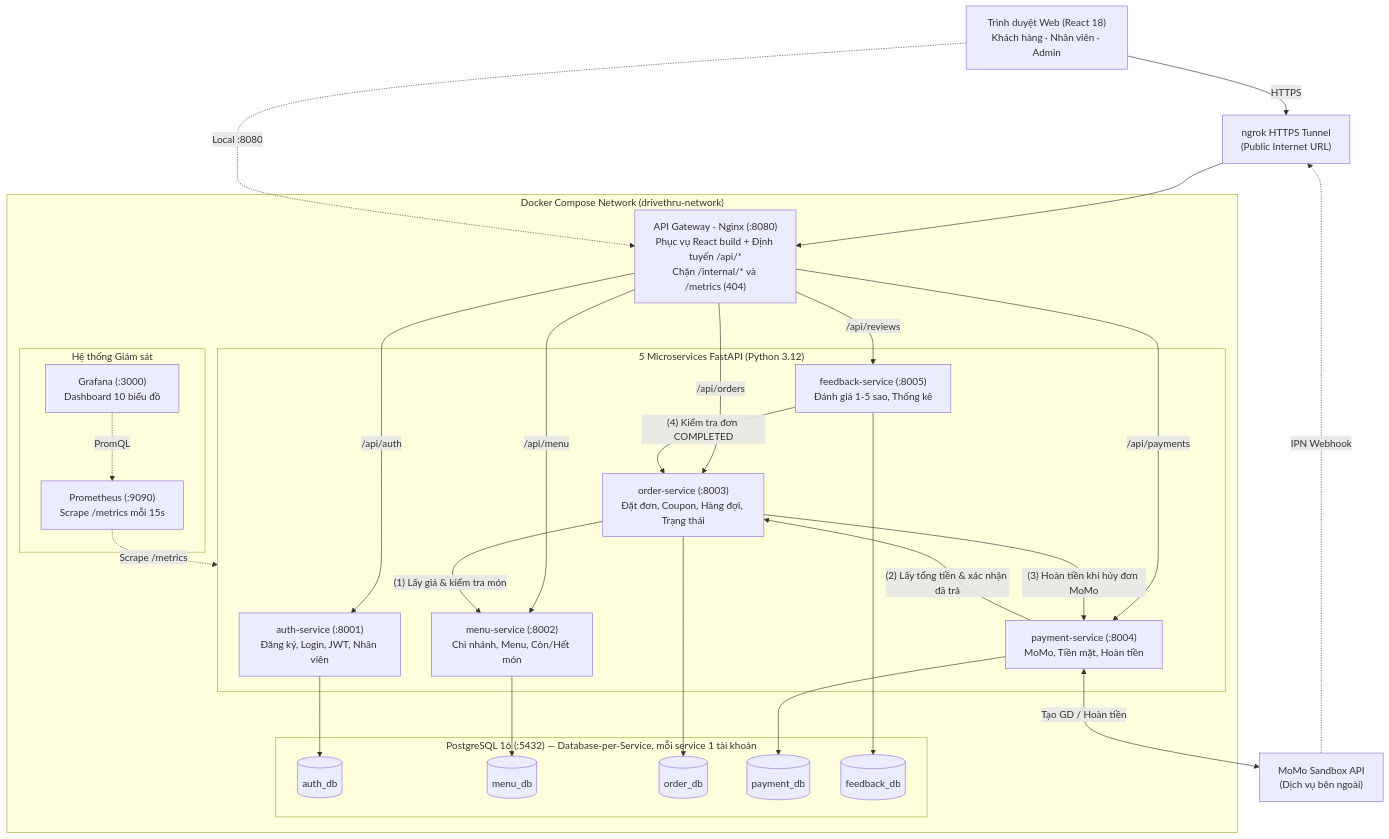
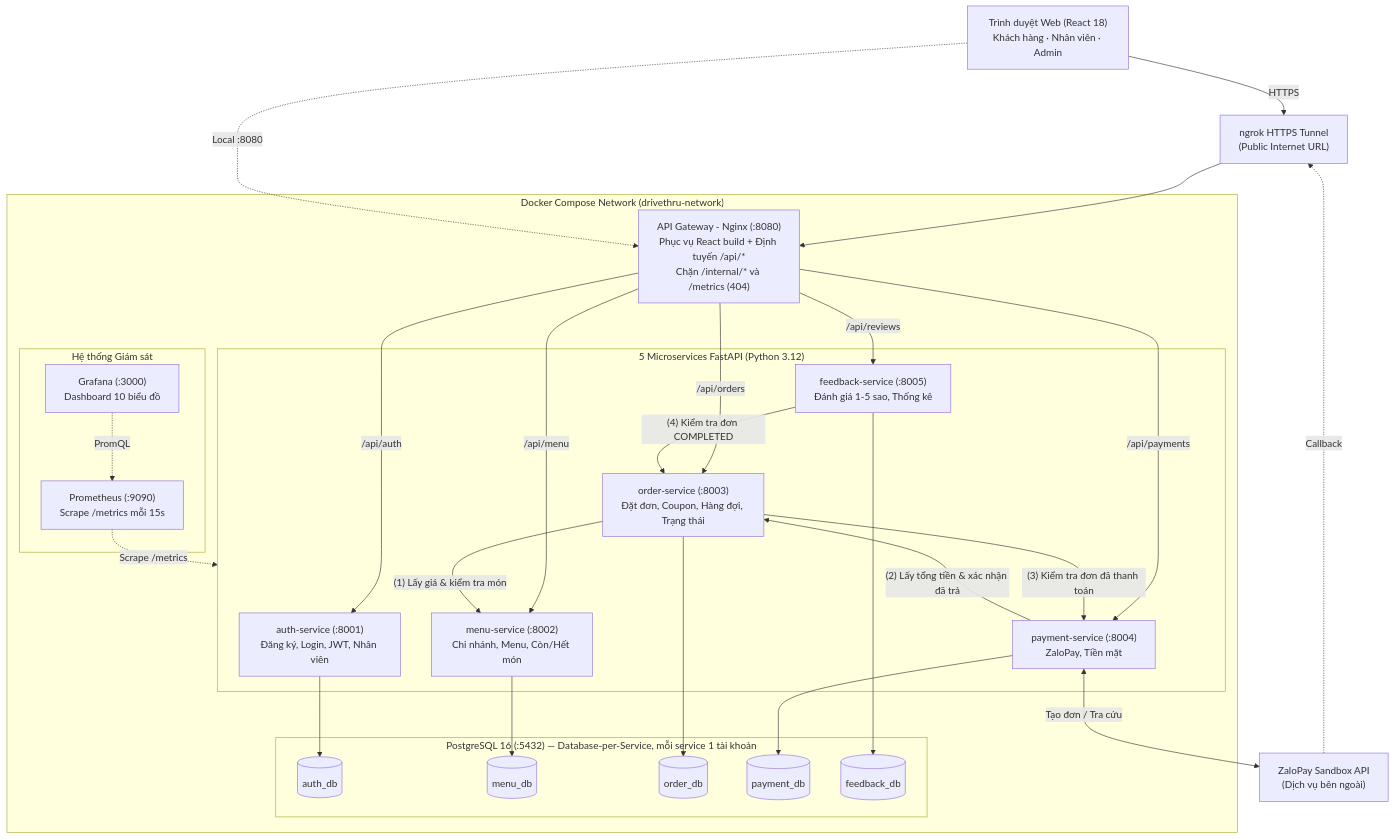
One commit to MinhThaiDangCap/SOA_FinalReport_DriveThru changed the third of 4 diagrams in docs/THIET_KE_HE_THONG_USECASE_ERD.md. Above: the diagram before and after it, drawn with Mermaid. The commit also changed other lines of this file and 30 other files, not shown here.

First line of the commit message:
feat(payment): chỉ còn ZaloPay và tiền mặt, đơn đã trả không tự hủy

````diff
--- a/docs/THIET_KE_HE_THONG_USECASE_ERD.md
+++ b/docs/THIET_KE_HE_THONG_USECASE_ERD.md
@@ -446,58 +446,58 @@
 ```mermaid
 flowchart TB
     Client["Trình duyệt Web (React 18)<br/>Khách hàng · Nhân viên · Admin"]
-    MoMo["MoMo Sandbox API<br/>(Dịch vụ bên ngoài)"]
+    ZaloPay["ZaloPay Sandbox API<br/>(Dịch vụ bên ngoài)"]
     Ngrok["ngrok HTTPS Tunnel<br/>(Public Internet URL)"]
 
     subgraph Docker["Docker Compose Network (drivethru-network)"]
         GW["API Gateway - Nginx (:8080)<br/>Phục vụ React build + Định tuyến /api/*<br/>Chặn /internal/* và /metrics (404)"]
 
         subgraph Services["5 Microservices FastAPI (Python 3.12)"]
             AUTH["auth-service (:8001)<br/>Đăng ký, Login, JWT, Nhân viên"]
             MENU["menu-service (:8002)<br/>Chi nhánh, Menu, Còn/Hết món"]
             ORDER["order-service (:8003)<br/>Đặt đơn, Coupon, Hàng đợi, Trạng thái"]
-            PAY["payment-service (:8004)<br/>MoMo, Tiền mặt, Hoàn tiền"]
+            PAY["payment-service (:8004)<br/>ZaloPay, Tiền mặt"]
             FB["feedback-service (:8005)<br/>Đánh giá 1-5 sao, Thống kê"]
         end
 
         subgraph DB["PostgreSQL 16 (:5432) — Database-per-Service, mỗi service 1 tài khoản"]
             DB1[("auth_db")]
             DB2[("menu_db")]
             DB3[("order_db")]
             DB4[("payment_db")]
             DB5[("feedback_db")]
         end
 
         subgraph Mon["Hệ thống Giám sát"]
             PROM["Prometheus (:9090)<br/>Scrape /metrics mỗi 15s"]
             GRAF["Grafana (:3000)<br/>Dashboard 10 biểu đồ"]
         end
     end
 
     Client -->|HTTPS| Ngrok
     Ngrok --> GW
     Client -.->|Local :8080| GW
-    MoMo -.->|IPN Webhook| Ngrok
+    ZaloPay -.->|Callback| Ngrok
 
     GW -->|/api/auth| AUTH
     GW -->|/api/menu| MENU
     GW -->|/api/orders| ORDER
     GW -->|/api/payments| PAY
     GW -->|/api/reviews| FB
 
     AUTH --> DB1
     MENU --> DB2
     ORDER --> DB3
     PAY --> DB4
     FB --> DB5
 
     %% Gọi nội bộ giữa các service (REST + X-Internal-Key)
     ORDER -->|"(1) Lấy giá & kiểm tra món"| MENU
     PAY -->|"(2) Lấy tổng tiền & xác nhận đã trả"| ORDER
-    ORDER -->|"(3) Hoàn tiền khi hủy đơn MoMo"| PAY
+    ORDER -->|"(3) Kiểm tra đơn đã thanh toán"| PAY
     FB -->|"(4) Kiểm tra đơn COMPLETED"| ORDER
-    PAY <-->|Tạo GD / Hoàn tiền| MoMo
+    PAY <-->|Tạo đơn / Tra cứu| ZaloPay
 
     PROM -.->|Scrape /metrics| Services
     GRAF -.->|PromQL| PROM
 ```
````
